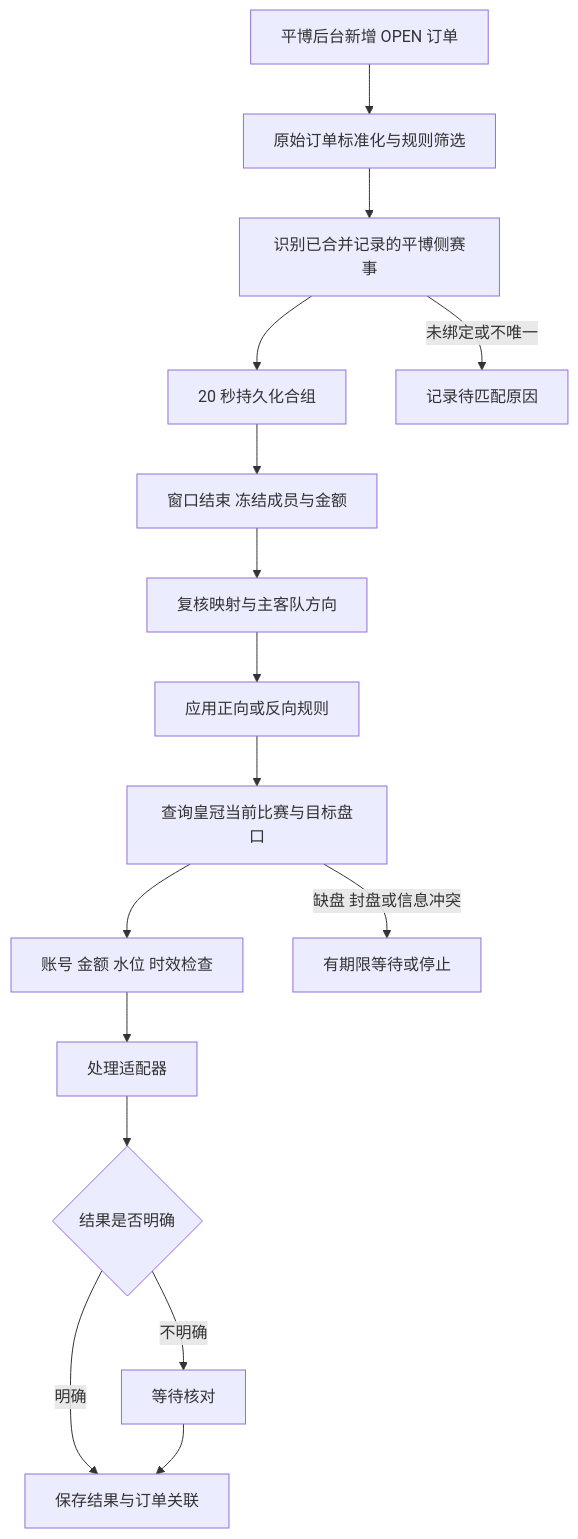
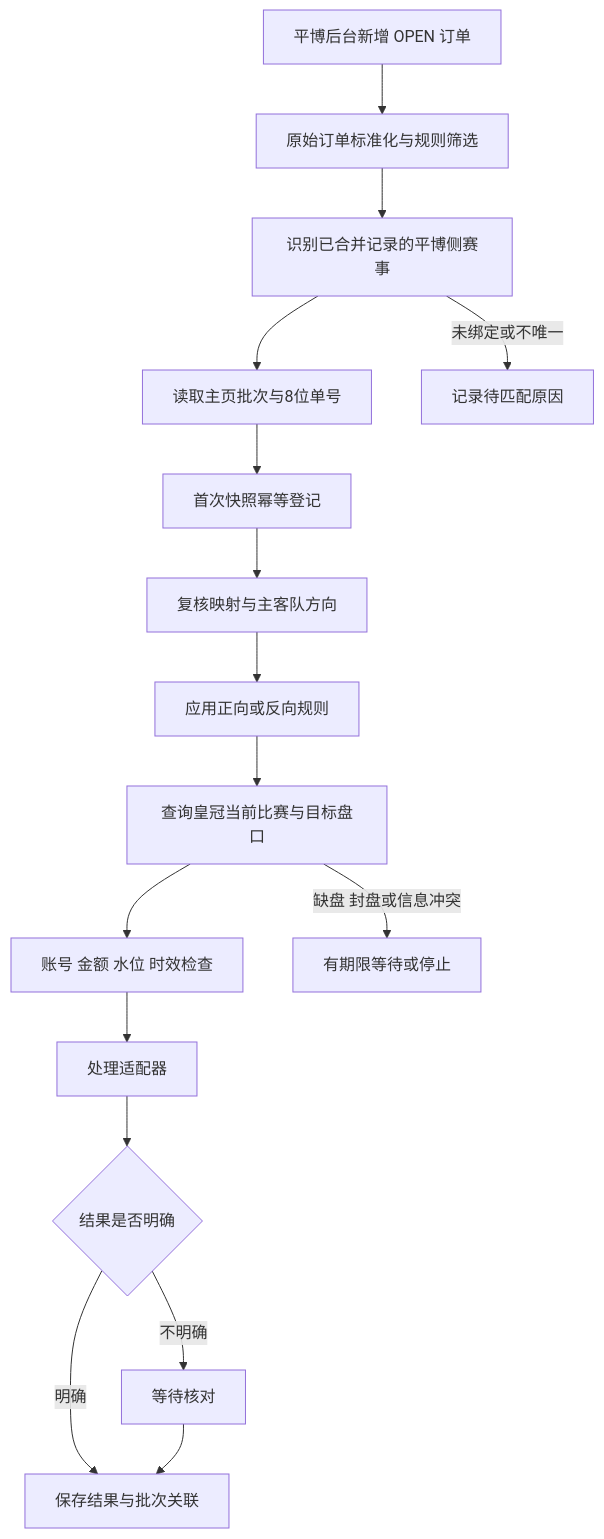
One commit to zsc5200x/HD-ps38P changed the diagram in docs/FOLLOW_SYSTEM_DESIGN.md. Above: the diagram before and after it, drawn with Mermaid. The commit also changed other lines of this file and 58 other files, not shown here.

````diff
--- a/docs/FOLLOW_SYSTEM_DESIGN.md
+++ b/docs/FOLLOW_SYSTEM_DESIGN.md
@@ -56,18 +58,18 @@
 ```mermaid
 flowchart TD
     A[平博后台新增 OPEN 订单] --> B[原始订单标准化与规则筛选]
     B --> C[识别已合并记录的平博侧赛事]
-    C --> D[20 秒持久化合组]
-    D --> E[窗口结束 冻结成员与金额]
+    C --> D[读取主页批次与8位单号]
+    D --> E[首次快照幂等登记]
     E --> F[复核映射与主客队方向]
     F --> G[应用正向或反向规则]
     G --> H[查询皇冠当前比赛与目标盘口]
     H --> I[账号 金额 水位 时效检查]
     I --> J[处理适配器]
     J --> K{结果是否明确}
-    K -->|明确| L[保存结果与订单关联]
+    K -->|明确| L[保存结果与批次关联]
     K -->|不明确| M[等待核对]
     M --> L
     C -->|未绑定或不唯一| N[记录待匹配原因]
     H -->|缺盘 封盘或信息冲突| O[有期限等待或停止]
 ```
````
